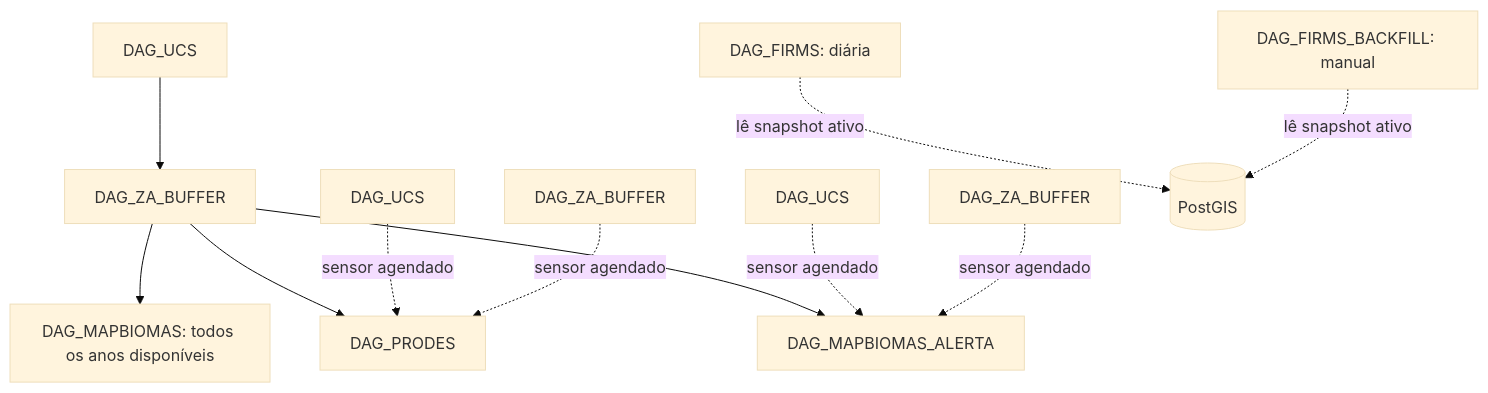
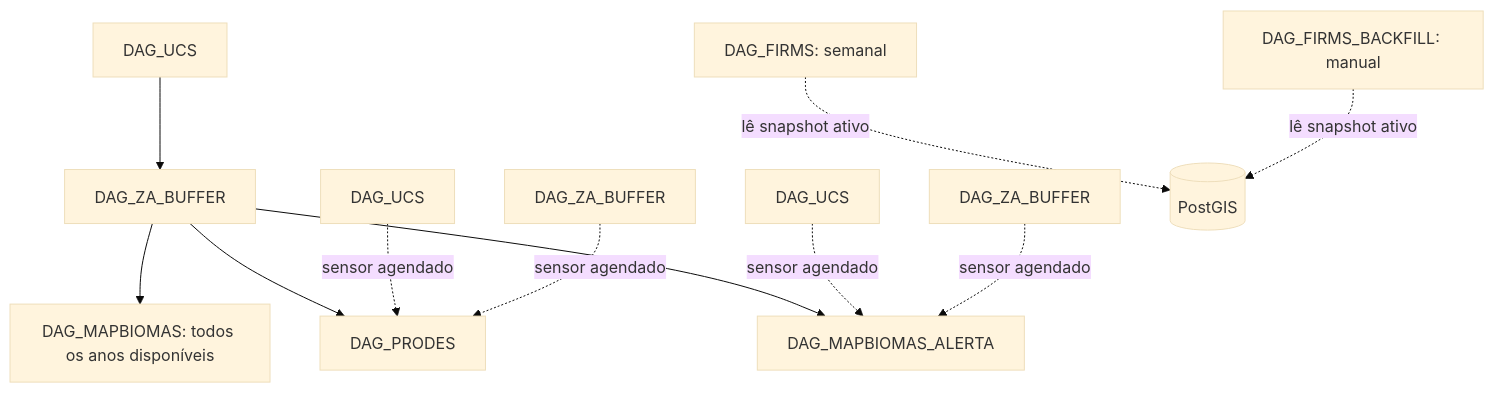
Before and after one commit to diegof-d2fs/pipeline-protected-areas-sc: the second of 2 diagrams in docs/ARCHITECTURE.md, drawn with Mermaid (base theme). The commit also changed other lines of this file and 11 other files, not shown here.

````diff
--- a/docs/ARCHITECTURE.md
+++ b/docs/ARCHITECTURE.md
@@ -42,13 +42,13 @@
 ```mermaid
 flowchart TD
   UCS[DAG_UCS] --> Z[DAG_ZA_BUFFER]
   Z --> P[DAG_PRODES]
   Z --> A[DAG_MAPBIOMAS_ALERTA]
   Z --> MB[DAG_MAPBIOMAS: todos os anos disponíveis]
   U2[DAG_UCS] -. sensor agendado .-> P
   Z2[DAG_ZA_BUFFER] -. sensor agendado .-> P
   U3[DAG_UCS] -. sensor agendado .-> A
   Z3[DAG_ZA_BUFFER] -. sensor agendado .-> A
-  F[DAG_FIRMS: diária] -. lê snapshot ativo .-> PG[(PostGIS)]
+  F[DAG_FIRMS: semanal] -. lê snapshot ativo .-> PG[(PostGIS)]
   FB[DAG_FIRMS_BACKFILL: manual] -. lê snapshot ativo .-> PG
 ```
````
